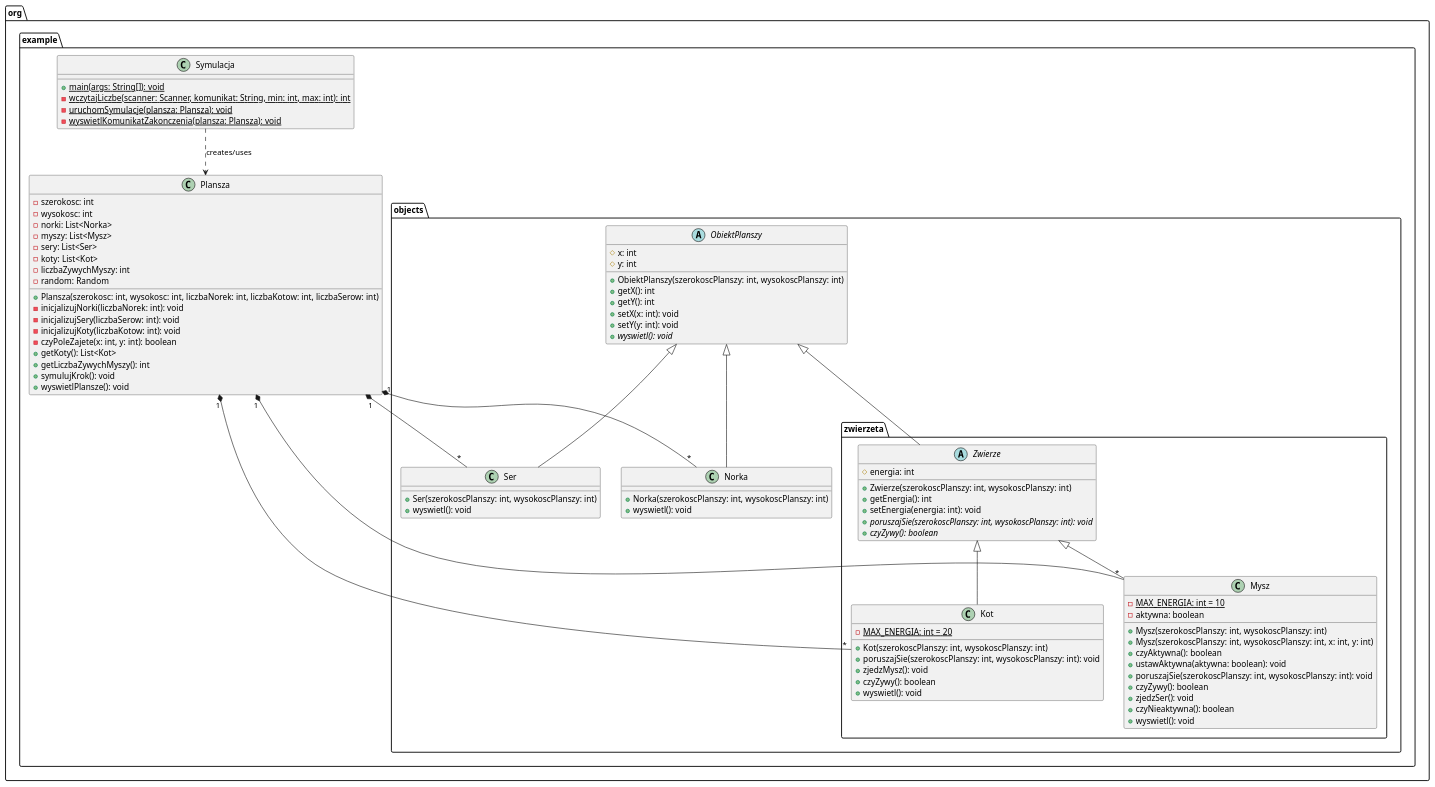
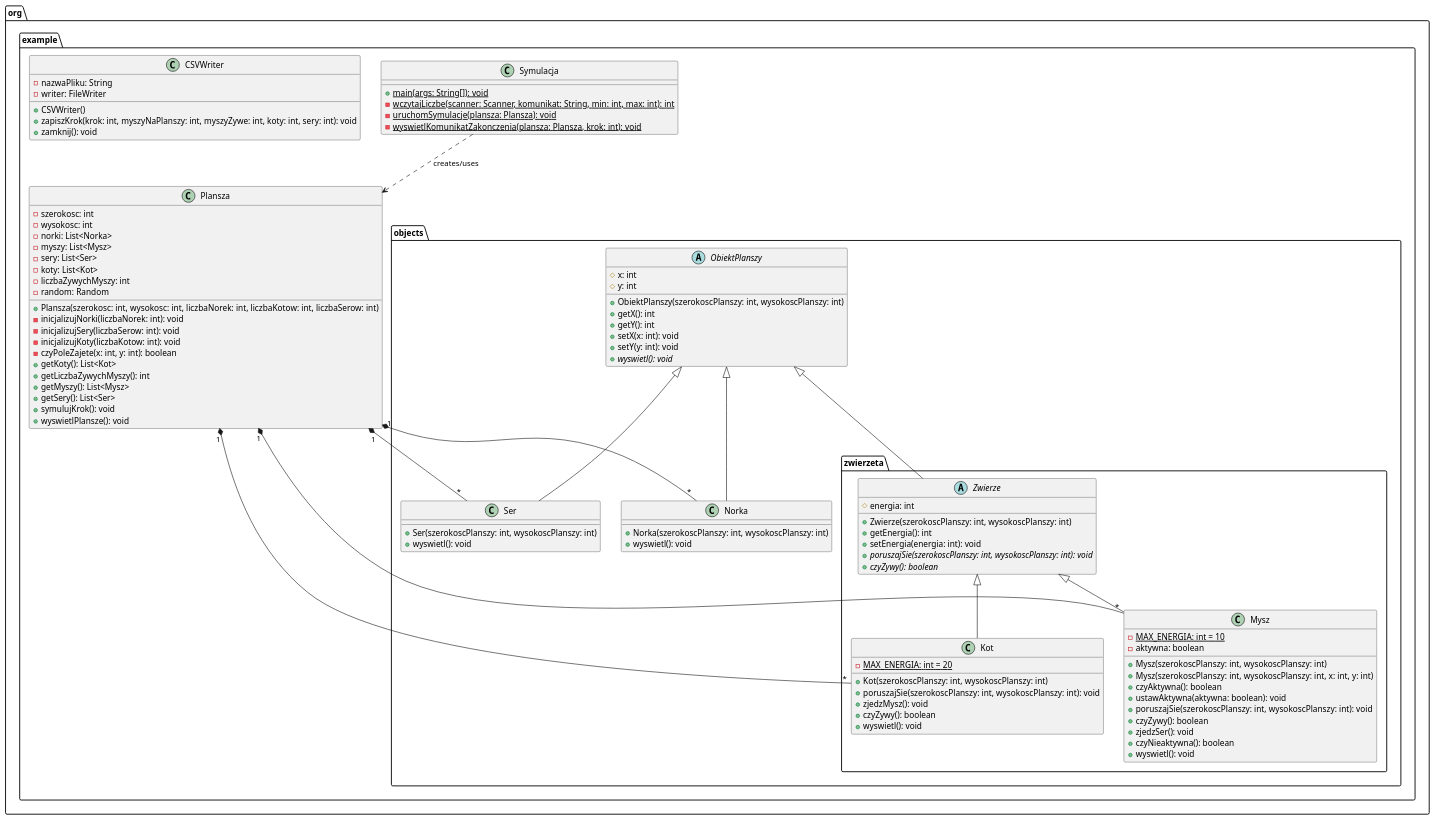
The diagram in diagram_klas.puml (rochmir/symulacja_agentowa1), drawn with PlantUML before and after one commit. The commit also changed 4 other files, not shown here.

```diff
--- a/diagram_klas.puml
+++ b/diagram_klas.puml
@@ -1,102 +1,112 @@
 @startuml
 
 package "org.example" {
   class Plansza {
     -szerokosc: int
     -wysokosc: int
     -norki: List<Norka>
     -myszy: List<Mysz>
     -sery: List<Ser>
     -koty: List<Kot>
     -liczbaZywychMyszy: int
     -random: Random
     +Plansza(szerokosc: int, wysokosc: int, liczbaNorek: int, liczbaKotow: int, liczbaSerow: int)
     -inicjalizujNorki(liczbaNorek: int): void
     -inicjalizujSery(liczbaSerow: int): void
     -inicjalizujKoty(liczbaKotow: int): void
     -czyPoleZajete(x: int, y: int): boolean
     +getKoty(): List<Kot>
     +getLiczbaZywychMyszy(): int
+    +getMyszy(): List<Mysz>
+    +getSery(): List<Ser>
     +symulujKrok(): void
     +wyswietlPlansze(): void
   }
 
   class Symulacja {
     +{static} main(args: String[]): void
     -{static} wczytajLiczbe(scanner: Scanner, komunikat: String, min: int, max: int): int
     -{static} uruchomSymulacje(plansza: Plansza): void
-    -{static} wyswietlKomunikatZakonczenia(plansza: Plansza): void
+    -{static} wyswietlKomunikatZakonczenia(plansza: Plansza, krok: int): void
+  }
+
+  class CSVWriter {
+    -nazwaPliku: String
+    -writer: FileWriter
+    +CSVWriter()
+    +zapiszKrok(krok: int, myszyNaPlanszy: int, myszyZywe: int, koty: int, sery: int): void
+    +zamknij(): void
   }
 }
 
 package "org.example.objects" {
   abstract class ObiektPlanszy {
     #x: int
     #y: int
     +ObiektPlanszy(szerokoscPlanszy: int, wysokoscPlanszy: int)
     +getX(): int
     +getY(): int
     +setX(x: int): void
     +setY(y: int): void
     +{abstract} wyswietl(): void
   }
 
   class Norka {
     +Norka(szerokoscPlanszy: int, wysokoscPlanszy: int)
     +wyswietl(): void
   }
 
   class Ser {
     +Ser(szerokoscPlanszy: int, wysokoscPlanszy: int)
     +wyswietl(): void
   }
 }
 
 package "org.example.objects.zwierzeta" {
   abstract class Zwierze {
     #energia: int
     +Zwierze(szerokoscPlanszy: int, wysokoscPlanszy: int)
     +getEnergia(): int
     +setEnergia(energia: int): void
     +{abstract} poruszajSie(szerokoscPlanszy: int, wysokoscPlanszy: int): void
     +{abstract} czyZywy(): boolean
   }
 
   class Kot {
     -{static} MAX_ENERGIA: int = 20
     +Kot(szerokoscPlanszy: int, wysokoscPlanszy: int)
     +poruszajSie(szerokoscPlanszy: int, wysokoscPlanszy: int): void
     +zjedzMysz(): void
     +czyZywy(): boolean
     +wyswietl(): void
   }
 
   class Mysz {
     -{static} MAX_ENERGIA: int = 10
     -aktywna: boolean
     +Mysz(szerokoscPlanszy: int, wysokoscPlanszy: int)
     +Mysz(szerokoscPlanszy: int, wysokoscPlanszy: int, x: int, y: int)
     +czyAktywna(): boolean
     +ustawAktywna(aktywna: boolean): void
     +poruszajSie(szerokoscPlanszy: int, wysokoscPlanszy: int): void
     +czyZywy(): boolean
     +zjedzSer(): void
     +czyNieaktywna(): boolean
     +wyswietl(): void
   }
 }
 
 ObiektPlanszy <|-- Norka
 ObiektPlanszy <|-- Ser
 ObiektPlanszy <|-- Zwierze
 Zwierze <|-- Kot
 Zwierze <|-- Mysz
 
 Plansza "1" *-- "*" Norka
 Plansza "1" *-- "*" Mysz
 Plansza "1" *-- "*" Ser
 Plansza "1" *-- "*" Kot
 
 Symulacja ..> Plansza: creates/uses
 
 @enduml
```
